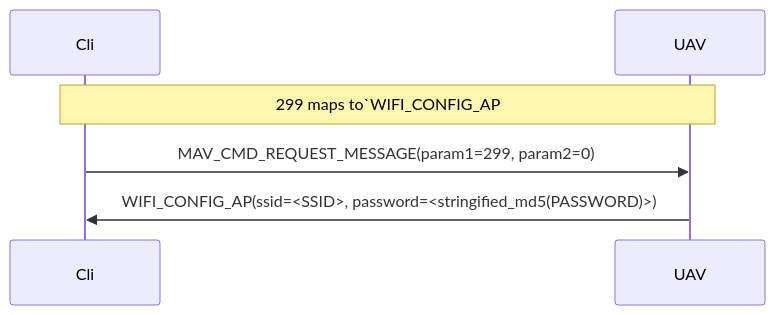
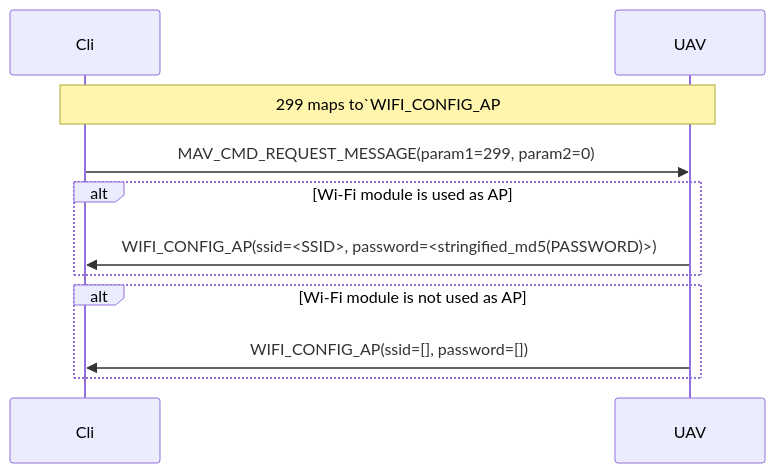
The fifth of 6 diagrams in pioneer_sdk/mavsub/README.md (geoscan/pioneer_sdk), drawn with Mermaid before and after one commit.

Commit message:
[mavsub:README] Build | AP status, stipulated the details for a non-successful response

````diff
--- a/pioneer_sdk/mavsub/README.md
+++ b/pioneer_sdk/mavsub/README.md
@@ -152,9 +152,16 @@
 ```mermaid
 sequenceDiagram
 	participant Cli
 	participant UAV
 
 	note over Cli, UAV: 299 maps to`WIFI_CONFIG_AP
 	Cli ->> UAV: MAV_CMD_REQUEST_MESSAGE(param1=299, param2=0)
-	UAV ->> Cli: WIFI_CONFIG_AP(ssid=<SSID>, password=<stringified_md5(PASSWORD)>)
+
+	alt Wi-Fi module is used as AP
+		UAV ->> Cli: WIFI_CONFIG_AP(ssid=<SSID>, password=<stringified_md5(PASSWORD)>)
+	end
+
+	alt Wi-Fi module is not used as AP
+		UAV ->> Cli: WIFI_CONFIG_AP(ssid=[], password=[])
+	end
 ```
````
